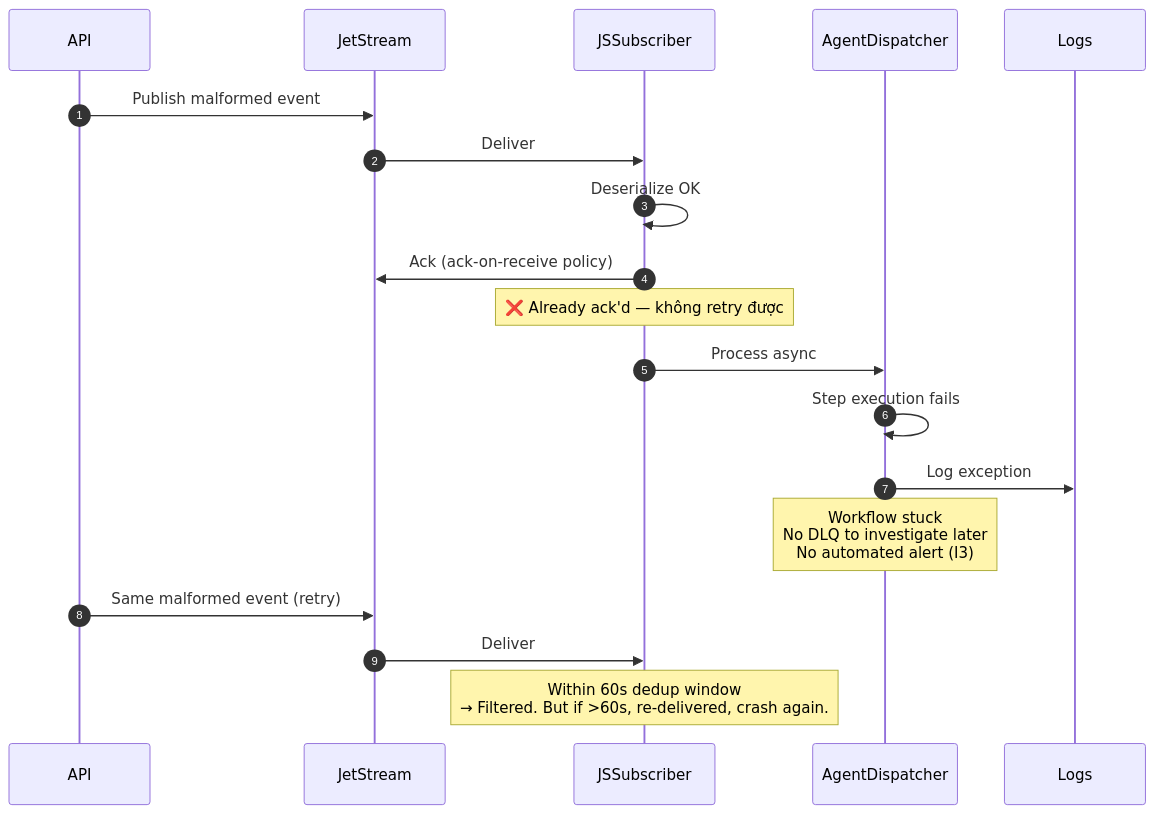
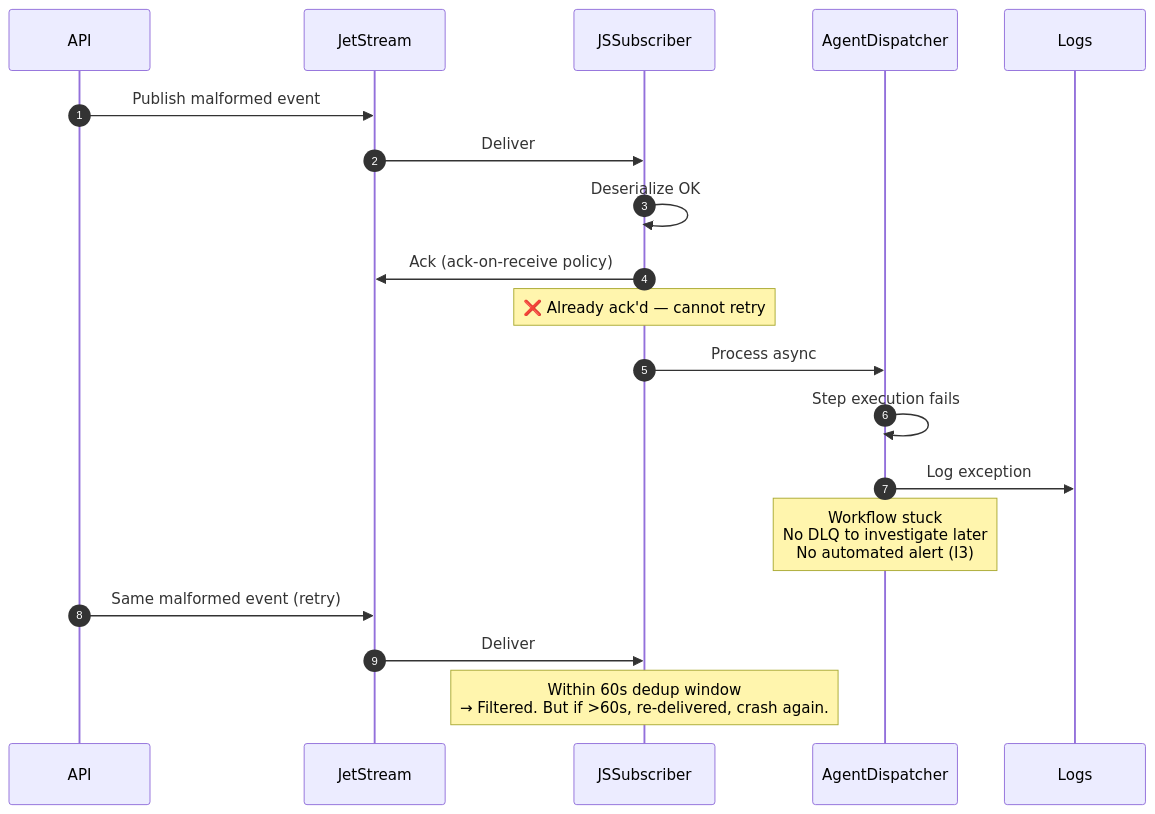
Diagram 13 of 18 in docs/arc42/review-2026-05/03_c4_diagrams.md (bbvch-ai/aihub-core), drawn with Mermaid before and after one commit. The commit also changed other lines of this file and 33 other files, not shown here.

Commit message:
chore(docs): update c4 diagrams

````diff
--- a/docs/arc42/review-2026-05/03_c4_diagrams.md
+++ b/docs/arc42/review-2026-05/03_c4_diagrams.md
@@ -808,24 +809,24 @@
 ```mermaid
 sequenceDiagram
     autonumber
     participant Producer as API
     participant NATS as JetStream
     participant Sub as JSSubscriber
     participant Handler as AgentDispatcher
     participant Logs as Logs
 
     Producer->>NATS: Publish malformed event
     NATS->>Sub: Deliver
     Sub->>Sub: Deserialize OK
     Sub->>NATS: Ack (ack-on-receive policy)
-    Note over Sub: ❌ Already ack'd — không retry được
+    Note over Sub: ❌ Already ack'd — cannot retry
 
     Sub->>Handler: Process async
     Handler->>Handler: Step execution fails
     Handler->>Logs: Log exception
     Note over Handler: Workflow stuck<br/>No DLQ to investigate later<br/>No automated alert (I3)
 
     Producer->>NATS: Same malformed event (retry)
     NATS->>Sub: Deliver
     Note over Sub: Within 60s dedup window<br/>→ Filtered. But if >60s, re-delivered, crash again.
 ```
````
